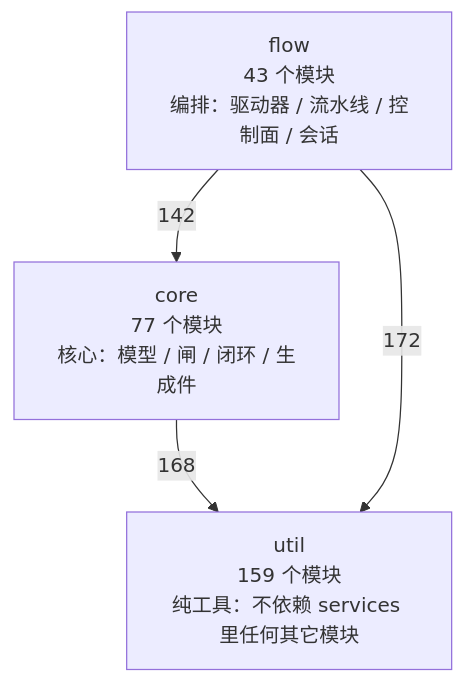
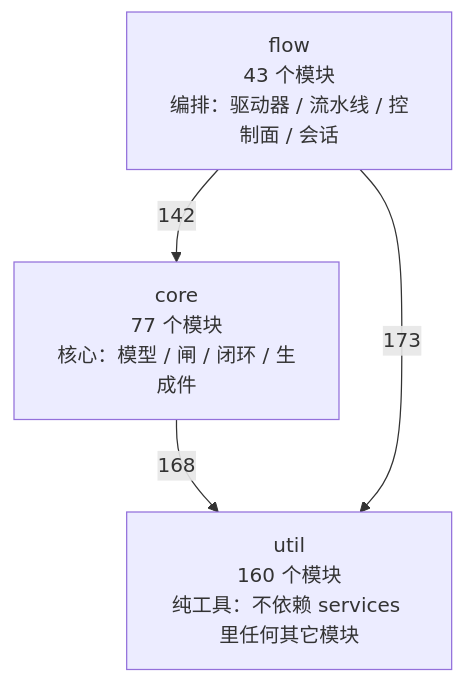
The first of 4 diagrams in docs/SlideRule V6.2 架构图（自动生成）.md (2686521696/WhyBuddy), drawn with Mermaid before and after one commit. The commit also changed other lines of this file and 12 other files, not shown here.

````diff
--- a/docs/SlideRule V6.2 架构图（自动生成）.md
+++ b/docs/SlideRule V6.2 架构图（自动生成）.md
@@ -50,9 +50,9 @@
 ```mermaid
 flowchart TB
-  util["util<br/>159 个模块<br/>纯工具：不依赖 services 里任何其它模块"]
+  util["util<br/>160 个模块<br/>纯工具：不依赖 services 里任何其它模块"]
   core["core<br/>77 个模块<br/>核心：模型 / 闸 / 闭环 / 生成件"]
   flow["flow<br/>43 个模块<br/>编排：驱动器 / 流水线 / 控制面 / 会话"]
   core -->|168| util
   flow -->|142| core
-  flow -->|172| util
+  flow -->|173| util
 ```
````
